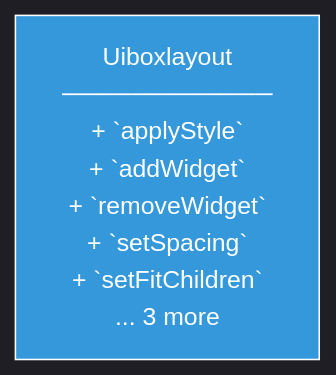
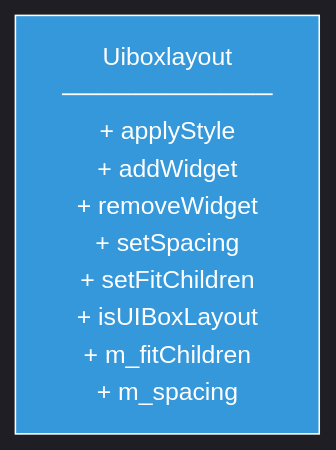
Before and after one commit to lukaszj321/otcv8-dev: the diagram in docs/authoring/01_core/api/cpp/framework/diagrams/uiboxlayout.mmd, drawn with Mermaid. The commit also changed 62 other files, not shown here.

First line of the commit message:
Fix comment spacing and expand truncated diagrams

```diff
--- a/docs/authoring/01_core/api/cpp/framework/diagrams/uiboxlayout.mmd
+++ b/docs/authoring/01_core/api/cpp/framework/diagrams/uiboxlayout.mmd
@@ -1,5 +1,5 @@
 %%{init: {'theme':'dark','themeVariables': {'primaryTextColor':'#ddd','lineColor':'#9aa0a6'}, 'securityLevel':'loose'}}%%
 graph TD
     classDef api fill:#3498db,stroke:#fff,color:#fff;
     
-    Uiboxlayout["Uiboxlayout<br/>────────────<br/>+ `applyStyle`<br/>+ `addWidget`<br/>+ `removeWidget`<br/>+ `setSpacing`<br/>+ `setFitChildren`<br/>... 3 more<br/>"]:::api
+    Uiboxlayout["Uiboxlayout<br/>────────────<br/>+ applyStyle<br/>+ addWidget<br/>+ removeWidget<br/>+ setSpacing<br/>+ setFitChildren<br/>+ isUIBoxLayout<br/>+ m_fitChildren<br/>+ m_spacing<br/>"]:::api
```
